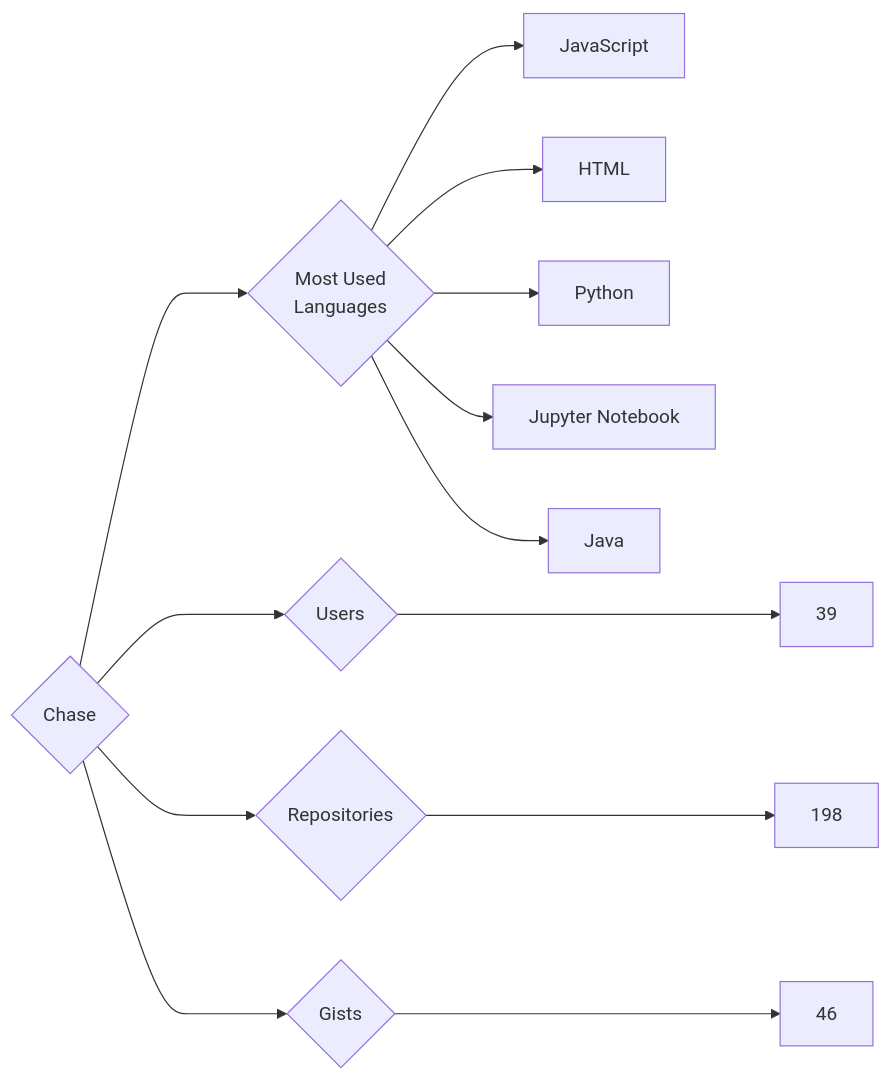
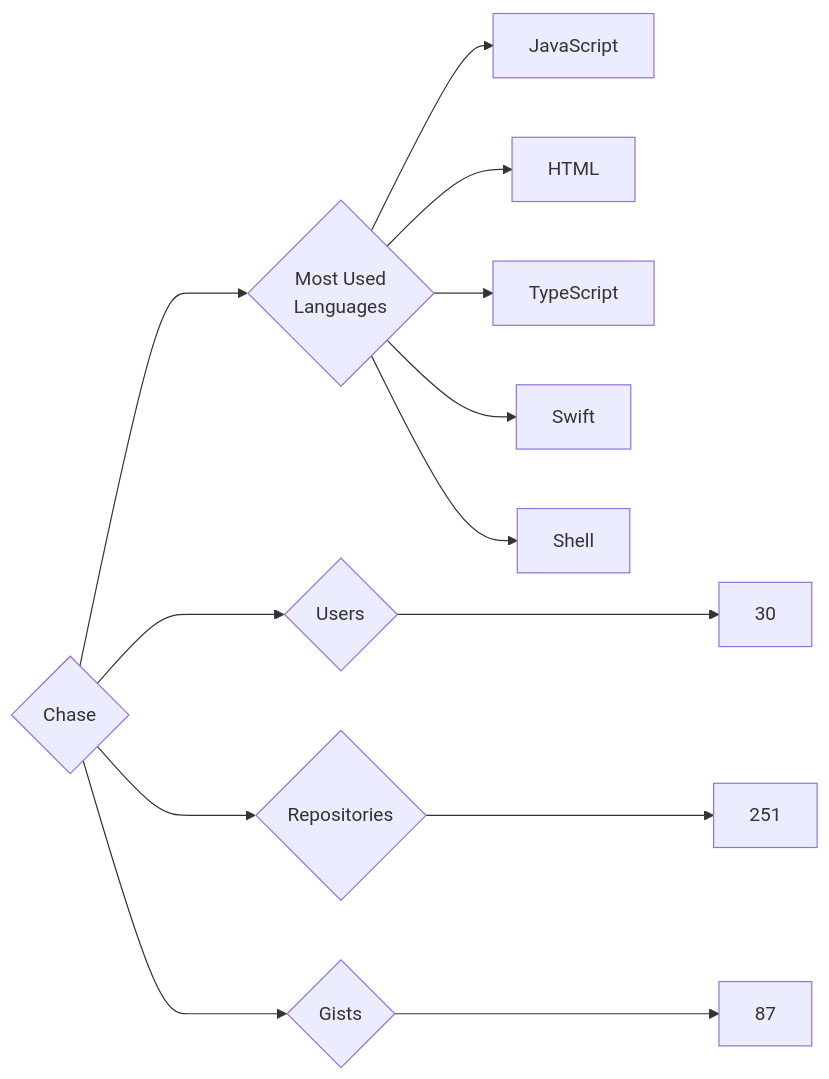
Before and after one commit to trickest/insiders: the diagram in targets/Chase/README.md, drawn with Mermaid. The commit also changed 773 other files, not shown here.

````diff
--- a/targets/Chase/README.md
+++ b/targets/Chase/README.md
@@ -3,13 +3,13 @@
 ```mermaid
 graph LR
 COMPANY_NAME{Chase}
-COMPANY_NAME ---> U{Users} ---> UN[39]
-COMPANY_NAME ---> R{Repositories} ---> RN[198]
-COMPANY_NAME ---> G{Gists} ---> GN[46]
+COMPANY_NAME ---> U{Users} ---> UN[30]
+COMPANY_NAME ---> R{Repositories} ---> RN[251]
+COMPANY_NAME ---> G{Gists} ---> GN[87]
 COMPANY_NAME ---> ML{Most Used<br>Languages}
 ML --> JavaScript[JavaScript]
 ML --> HTML[HTML]
-ML --> Python[Python]
-ML --> Jupyter_Notebook[Jupyter Notebook]
-ML --> Java[Java]
+ML --> TypeScript[TypeScript]
+ML --> Swift[Swift]
+ML --> Shell[Shell]
 ```
````
